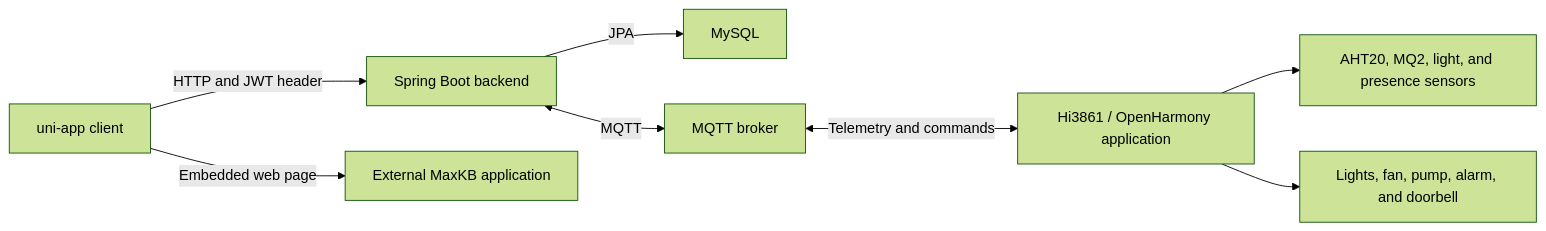
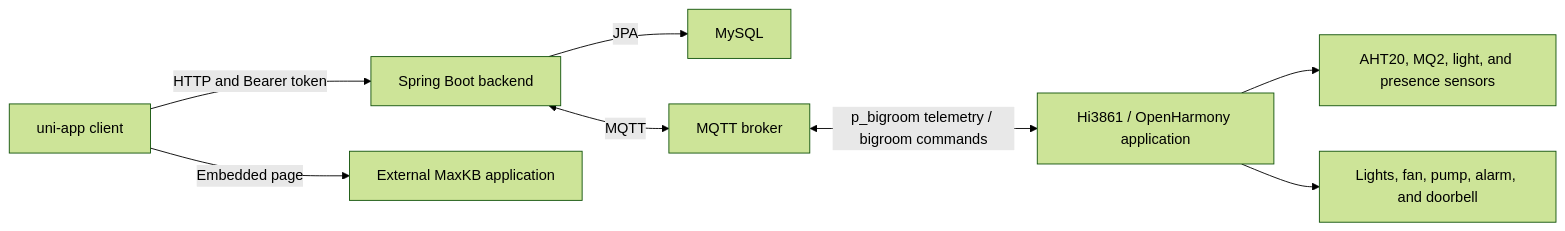
The diagram in README.md (Nrun-Chen/Yijia-SmartHome), drawn with Mermaid (forest theme) before and after one commit. The commit also changed other lines of this file and 1 other file, not shown here.

````diff
--- a/README.md
+++ b/README.md
@@ -21,10 +38,10 @@
 ```mermaid
 flowchart LR
-    U["uni-app client"] -->|"HTTP and JWT header"| B["Spring Boot backend"]
-    U -->|"Embedded web page"| A["External MaxKB application"]
+    U["uni-app client"] -->|"HTTP and Bearer token"| B["Spring Boot backend"]
+    U -->|"Embedded page"| A["External MaxKB application"]
     B -->|"JPA"| D["MySQL"]
     B <-->|"MQTT"| M["MQTT broker"]
-    M <-->|"Telemetry and commands"| H["Hi3861 / OpenHarmony application"]
+    M <-->|"p_bigroom telemetry / bigroom commands"| H["Hi3861 / OpenHarmony application"]
     H --> S["AHT20, MQ2, light, and presence sensors"]
     H --> E["Lights, fan, pump, alarm, and doorbell"]
 ```
````
